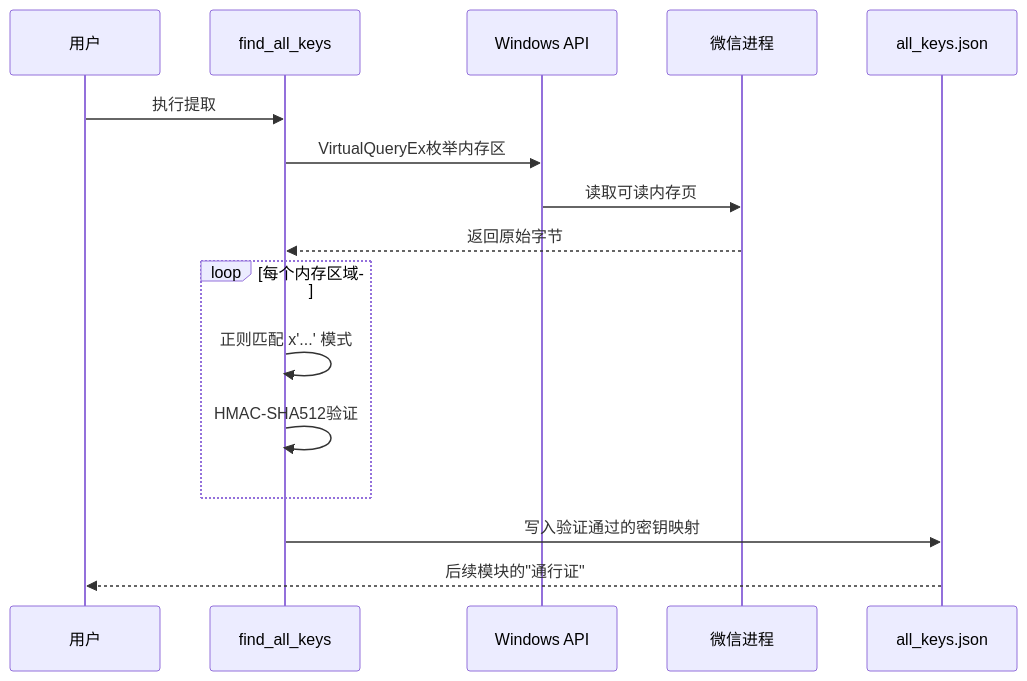
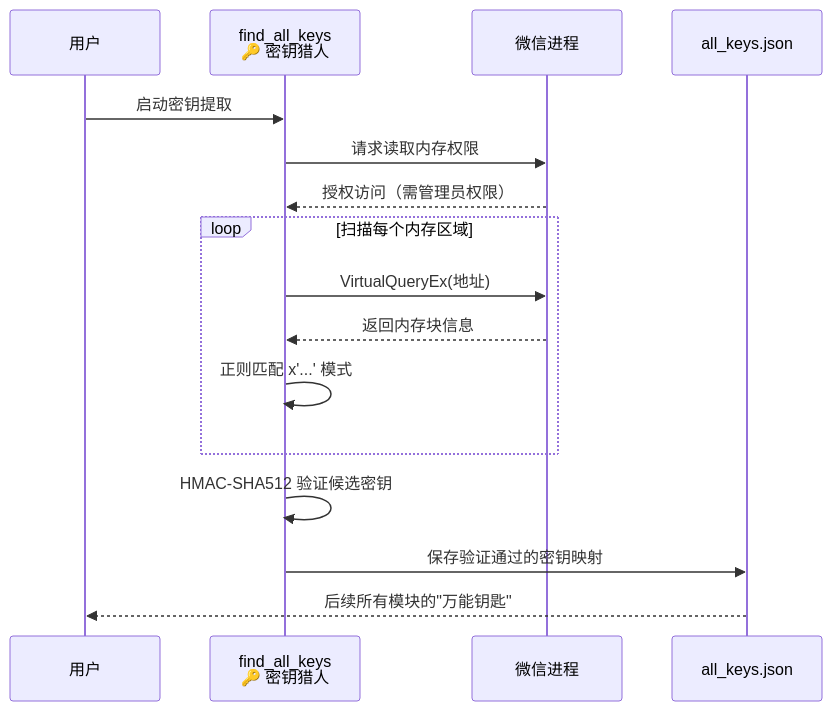
The third of 5 diagrams in public/wechat-decrypt/guide-beginners-guide-what-and-why.md (nerdneilsfield/code-wiki-pages), drawn with Mermaid before and after one commit. The commit also changed other lines of this file and 30 other files, not shown here.

````diff
--- a/public/wechat-decrypt/guide-beginners-guide-what-and-why.md
+++ b/public/wechat-decrypt/guide-beginners-guide-what-and-why.md
@@ -105,19 +83,21 @@
 ```mermaid
 sequenceDiagram
     participant User as 用户
-    participant Finder as find_all_keys
-    participant WinAPI as Windows API
+    participant Finder as find_all_keys<br/>🔑 密钥猎人
     participant WeChat as 微信进程
-    participant File as all_keys.json
+    participant Keys as all_keys.json
     
-    User->>Finder: 执行提取
-    Finder->>WinAPI: VirtualQueryEx枚举内存区
-    WinAPI->>WeChat: 读取可读内存页
-    WeChat-->>Finder: 返回原始字节
-    loop 每个内存区域
+    User->>Finder: 启动密钥提取
+    Finder->>WeChat: 请求读取内存权限
+    WeChat-->>Finder: 授权访问（需管理员权限）
+    
+    loop 扫描每个内存区域
+        Finder->>WeChat: VirtualQueryEx(地址)
+        WeChat-->>Finder: 返回内存块信息
         Finder->>Finder: 正则匹配 x'...' 模式
-        Finder->>Finder: HMAC-SHA512验证
     end
-    Finder->>File: 写入验证通过的密钥映射
-    File-->>User: 后续模块的"通行证"
+    
+    Finder->>Finder: HMAC-SHA512 验证候选密钥
+    Finder->>Keys: 保存验证通过的密钥映射
+    Keys-->>User: 后续所有模块的"万能钥匙"
 ```
````
